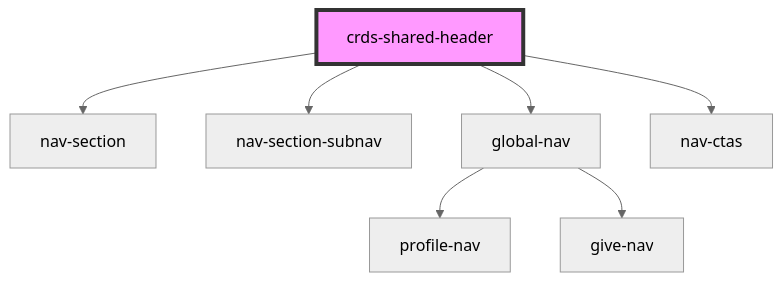
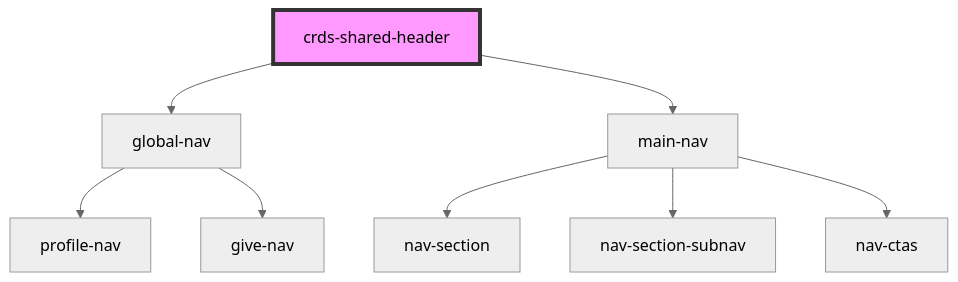
One commit to dholloran-ample/visual-regression-testing-IP changed the diagram in src/components/crds-shared-header/readme.md. Above: the diagram before and after it, drawn with Mermaid (neutral theme). The commit also changed other lines of this file and 3 other files, not shown here.

````diff
--- a/src/components/crds-shared-header/readme.md
+++ b/src/components/crds-shared-header/readme.md
@@ -26,10 +24,11 @@
 ```mermaid
 graph TD;
-  crds-shared-header --> nav-section
-  crds-shared-header --> nav-section-subnav
   crds-shared-header --> global-nav
-  crds-shared-header --> nav-ctas
+  crds-shared-header --> main-nav
   global-nav --> profile-nav
   global-nav --> give-nav
+  main-nav --> nav-section
+  main-nav --> nav-section-subnav
+  main-nav --> nav-ctas
   style crds-shared-header fill:#f9f,stroke:#333,stroke-width:4px
 ```
````
